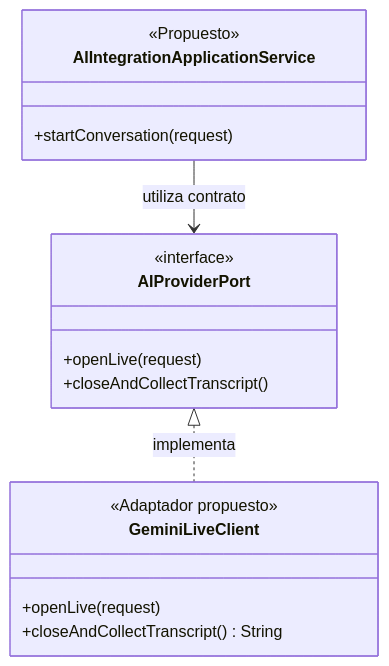
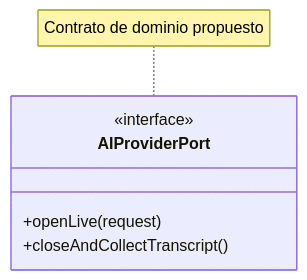
The diagram in assets/diagrams/tactical/09-ai-provider-gateway-classes.mmd (upc-pre-202620-si728-16365-thropic/talki-project-report), drawn with Mermaid before and after one commit. The commit also changed 72 other files, not shown here.

```diff
--- a/assets/diagrams/tactical/09-ai-provider-gateway-classes.mmd
+++ b/assets/diagrams/tactical/09-ai-provider-gateway-classes.mmd
@@ -1,17 +1,9 @@
 classDiagram
-class AIIntegrationApplicationService {
-  <<Propuesto>>
-  +startConversation(request)
-}
+
 class AIProviderPort {
   <<interface>>
   +openLive(request)
   +closeAndCollectTranscript()
 }
-class GeminiLiveClient {
-  <<Adaptador propuesto>>
-  +openLive(request)
-  +closeAndCollectTranscript() String
-}
-AIIntegrationApplicationService --> AIProviderPort : utiliza contrato
-AIProviderPort <|.. GeminiLiveClient : implementa
+
+    note for AIProviderPort "Contrato de dominio propuesto"
```
